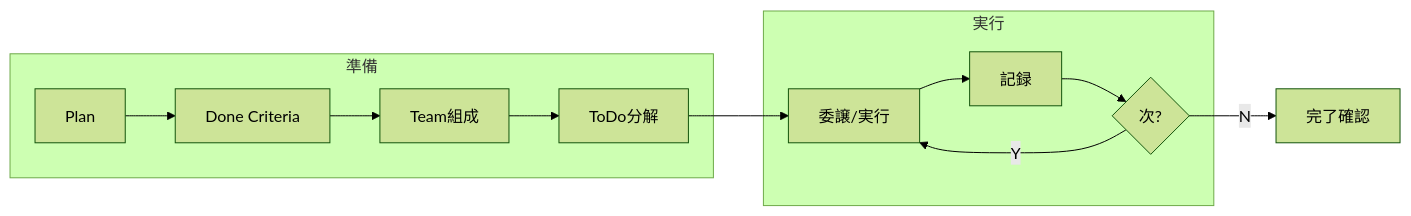
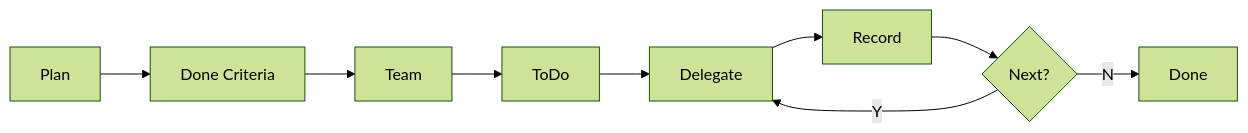
Before and after one commit to tettuan/climpt: the diagram in .claude/skills/workflow/SKILL.md, drawn with Mermaid (forest theme). The commit also changed other lines of this file and 2 other files, not shown here.

````diff
--- a/.claude/skills/workflow/SKILL.md
+++ b/.claude/skills/workflow/SKILL.md
@@ -8,12 +10,7 @@
 ```mermaid
 flowchart LR
-    subgraph 準備
-        A[Plan] --> B[Done Criteria] --> C[Team組成] --> D[ToDo分解]
-    end
-    subgraph 実行
-        D --> E[委譲/実行] --> F[記録]
-        F --> G{次?}
-        G -->|Y| E
-    end
-    G -->|N| H[完了確認]
+    A[Plan] --> B[Done Criteria] --> C[Team] --> D[ToDo]
+    D --> E[Delegate] --> F[Record] --> G{Next?}
+    G -->|Y| E
+    G -->|N| H[Done]
 ```
````
